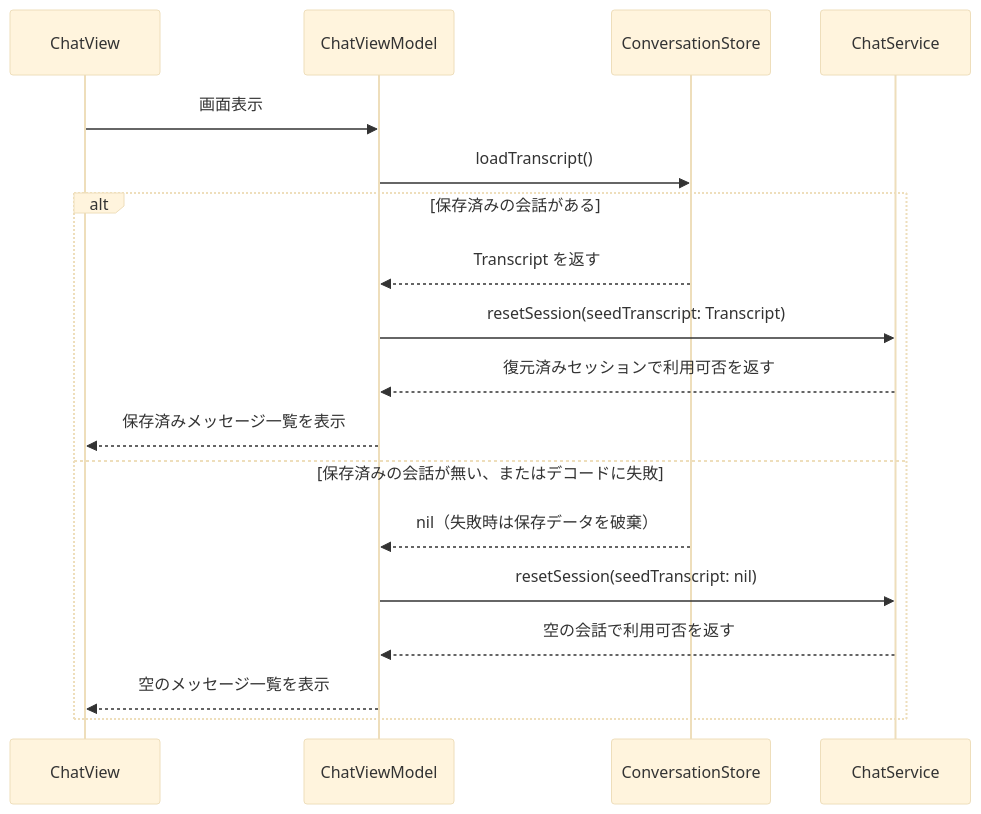
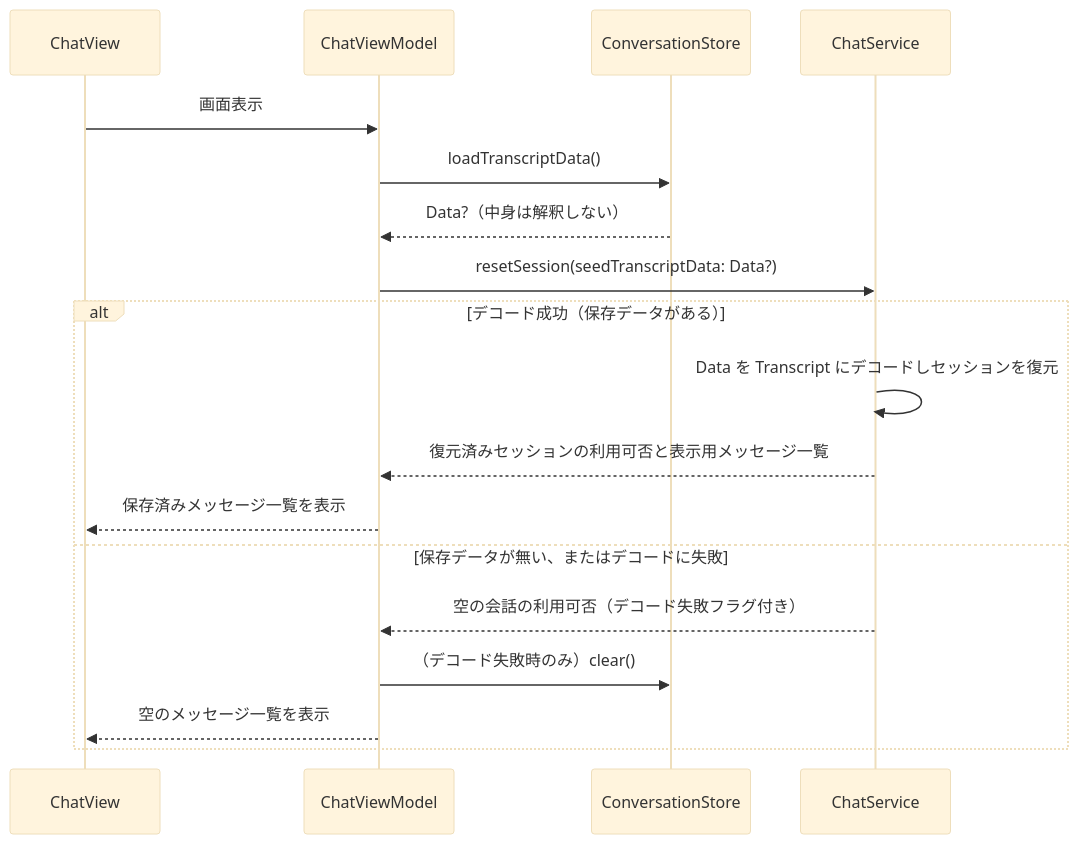
One commit to neko3cs/apple-fm-chat-app changed the second of 4 diagrams in docs/design.md. Above: the diagram before and after it, drawn with Mermaid (base theme). The commit also changed other lines of this file and 1 other file, not shown here.

````diff
--- a/docs/design.md
+++ b/docs/design.md
@@ -73,21 +73,21 @@
 ```mermaid
 sequenceDiagram
     participant View as ChatView
     participant VM as ChatViewModel
     participant Store as ConversationStore
     participant Svc as ChatService
 
     View->>VM: 画面表示
-    VM->>Store: loadTranscript()
-    alt 保存済みの会話がある
-        Store-->>VM: Transcript を返す
-        VM->>Svc: resetSession(seedTranscript: Transcript)
-        Svc-->>VM: 復元済みセッションで利用可否を返す
+    VM->>Store: loadTranscriptData()
+    Store-->>VM: Data?（中身は解釈しない）
+    VM->>Svc: resetSession(seedTranscriptData: Data?)
+    alt デコード成功（保存データがある）
+        Svc->>Svc: Data を Transcript にデコードしセッションを復元
+        Svc-->>VM: 復元済みセッションの利用可否と表示用メッセージ一覧
         VM-->>View: 保存済みメッセージ一覧を表示
-    else 保存済みの会話が無い、またはデコードに失敗
-        Store-->>VM: nil（失敗時は保存データを破棄）
-        VM->>Svc: resetSession(seedTranscript: nil)
-        Svc-->>VM: 空の会話で利用可否を返す
+    else 保存データが無い、またはデコードに失敗
+        Svc-->>VM: 空の会話の利用可否（デコード失敗フラグ付き）
+        VM->>Store: （デコード失敗時のみ）clear()
         VM-->>View: 空のメッセージ一覧を表示
     end
 ```
````
